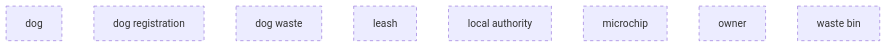
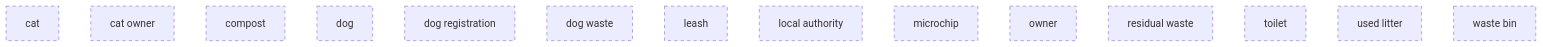
The first of 2 diagrams in data/ontology-pets-and-house-rules/03_release/00_raw/level-1.md (belaboros/DomainAiAssistant), drawn with Mermaid before and after one commit. The commit also changed other lines of this file and 291 other files, not shown here.

````diff
--- a/data/ontology-pets-and-house-rules/03_release/00_raw/level-1.md
+++ b/data/ontology-pets-and-house-rules/03_release/00_raw/level-1.md
@@ -12,13 +12,19 @@
 ```mermaid
 flowchart TB
     classDef draft stroke-dasharray: 5 5
+    cn_01M82AQDR2NPZDR8C737517K86["cat"]
+    cn_01M82AQDR2NPZDR8C737517K87["cat owner"]
+    cn_01M82ATVV0G4J5RJ6TZ063RNYT["compost"]
     cn_01M82AC66KMJH32E2MQ3Z7ZBKM["dog"]
     cn_01M82AC66KMJH32E2MQ3Z7ZBKV["dog registration"]
     cn_01M82AH1GXVV72WP99JQXMH6XS["dog waste"]
     cn_01M82AFTZDSHCD0SK6T4N2YZW6["leash"]
     cn_01M82AC66KMJH32E2MQ3Z7ZBKS["local authority"]
     cn_01M82AC66KMJH32E2MQ3Z7ZBKT["microchip"]
     cn_01M82AE56ZYS5Y2Z0C35ECC9Y8["owner"]
+    cn_01M82ATVV0G4J5RJ6TZ063RNYR["residual waste"]
+    cn_01M82ATVV0G4J5RJ6TZ063RNYS["toilet"]
+    cn_01M82ATVV0G4J5RJ6TZ063RNYQ["used litter"]
     cn_01M82AH1GXVV72WP99JQXMH6XT["waste bin"]
-    class cn_01M82AC66KMJH32E2MQ3Z7ZBKM,cn_01M82AC66KMJH32E2MQ3Z7ZBKV,cn_01M82AH1GXVV72WP99JQXMH6XS,cn_01M82AFTZDSHCD0SK6T4N2YZW6,cn_01M82AC66KMJH32E2MQ3Z7ZBKS,cn_01M82AC66KMJH32E2MQ3Z7ZBKT,cn_01M82AE56ZYS5Y2Z0C35ECC9Y8,cn_01M82AH1GXVV72WP99JQXMH6XT draft
+    class cn_01M82AQDR2NPZDR8C737517K86,cn_01M82AQDR2NPZDR8C737517K87,cn_01M82ATVV0G4J5RJ6TZ063RNYT,cn_01M82AC66KMJH32E2MQ3Z7ZBKM,cn_01M82AC66KMJH32E2MQ3Z7ZBKV,cn_01M82AH1GXVV72WP99JQXMH6XS,cn_01M82AFTZDSHCD0SK6T4N2YZW6,cn_01M82AC66KMJH32E2MQ3Z7ZBKS,cn_01M82AC66KMJH32E2MQ3Z7ZBKT,cn_01M82AE56ZYS5Y2Z0C35ECC9Y8,cn_01M82ATVV0G4J5RJ6TZ063RNYR,cn_01M82ATVV0G4J5RJ6TZ063RNYS,cn_01M82ATVV0G4J5RJ6TZ063RNYQ,cn_01M82AH1GXVV72WP99JQXMH6XT draft
 ```
````
